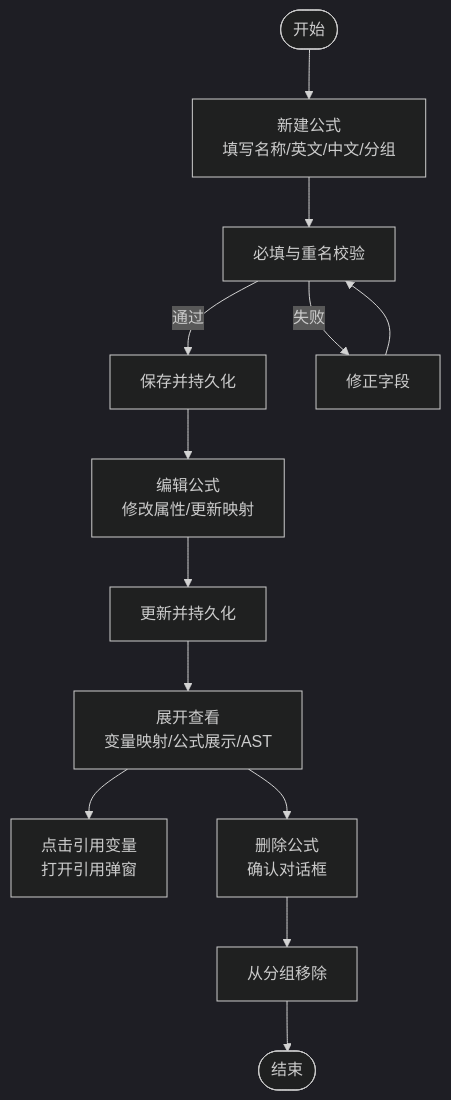
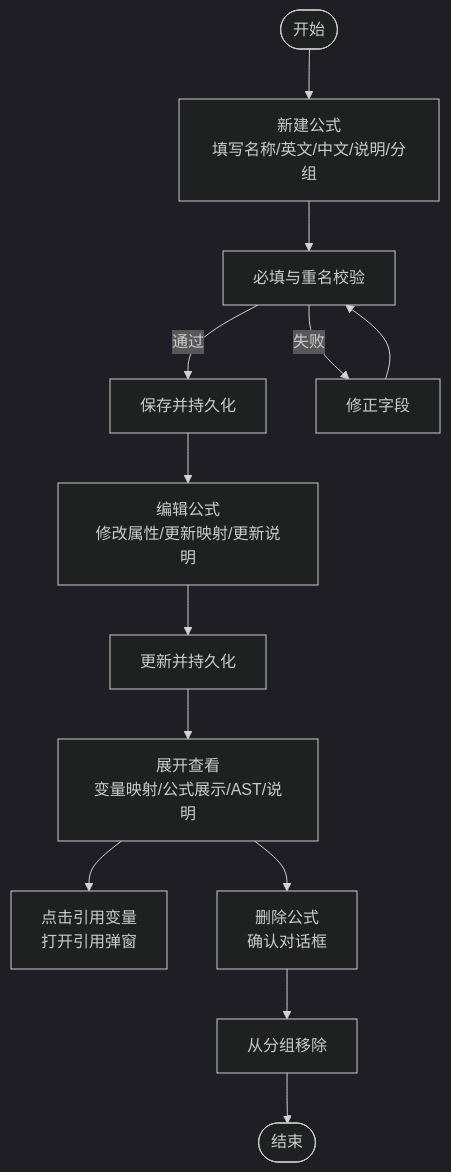
One commit to steveyu2/formula-mapper changed the fourth of 5 diagrams in .qoder/repowiki/zh/content/用户指南/公式管理/公式管理.md. Above: the diagram before and after it, drawn with Mermaid (dark theme). The commit also changed other lines of this file and 10 other files, not shown here.

````diff
--- a/.qoder/repowiki/zh/content/用户指南/公式管理/公式管理.md
+++ b/.qoder/repowiki/zh/content/用户指南/公式管理/公式管理.md
@@ -328,15 +371,15 @@
 ```mermaid
 flowchart TD
-Start(["开始"]) --> Create["新建公式<br/>填写名称/英文/中文/分组"]
+Start(["开始"]) --> Create["新建公式<br/>填写名称/英文/中文/说明/分组"]
 Create --> Validate["必填与重名校验"]
 Validate --> |通过| Save["保存并持久化"]
 Validate --> |失败| Fix["修正字段"]
 Fix --> Validate
-Save --> Edit["编辑公式<br/>修改属性/更新映射"]
+Save --> Edit["编辑公式<br/>修改属性/更新映射/更新说明"]
 Edit --> Update["更新并持久化"]
-Update --> View["展开查看<br/>变量映射/公式展示/AST"]
+Update --> View["展开查看<br/>变量映射/公式展示/AST/说明"]
 View --> Reference["点击引用变量<br/>打开引用弹窗"]
 View --> Delete["删除公式<br/>确认对话框"]
 Delete --> Clean["从分组移除"]
 Clean --> End(["结束"])
 ```
````
